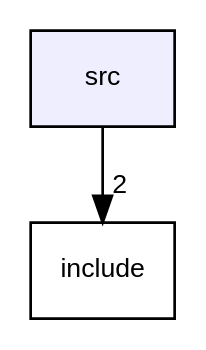
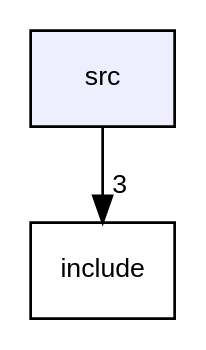
One commit to Eric-Durr/PRCT06-AES changed the diagram in docs/dir_68267d1309a1af8e8297ef4c3efbcdba_dep.dot. Above: the diagram before and after it, drawn with Graphviz. The commit also changed 35 other files, not shown here.

```diff
--- a/docs/dir_68267d1309a1af8e8297ef4c3efbcdba_dep.dot
+++ b/docs/dir_68267d1309a1af8e8297ef4c3efbcdba_dep.dot
@@ -1,8 +1,8 @@
 digraph "src" {
   compound=true
   node [ fontsize="10", fontname="Helvetica"];
   edge [ labelfontsize="10", labelfontname="Helvetica"];
   dir_68267d1309a1af8e8297ef4c3efbcdba [shape=box, label="src", style="filled", fillcolor="#eeeeff", pencolor="black", URL="dir_68267d1309a1af8e8297ef4c3efbcdba.html"];
   dir_d44c64559bbebec7f509842c48db8b23 [shape=box label="include" URL="dir_d44c64559bbebec7f509842c48db8b23.html"];
-  dir_68267d1309a1af8e8297ef4c3efbcdba->dir_d44c64559bbebec7f509842c48db8b23 [headlabel="2", labeldistance=1.5 headhref="dir_000001_000000.html"];
+  dir_68267d1309a1af8e8297ef4c3efbcdba->dir_d44c64559bbebec7f509842c48db8b23 [headlabel="3", labeldistance=1.5 headhref="dir_000001_000000.html"];
 }
```
